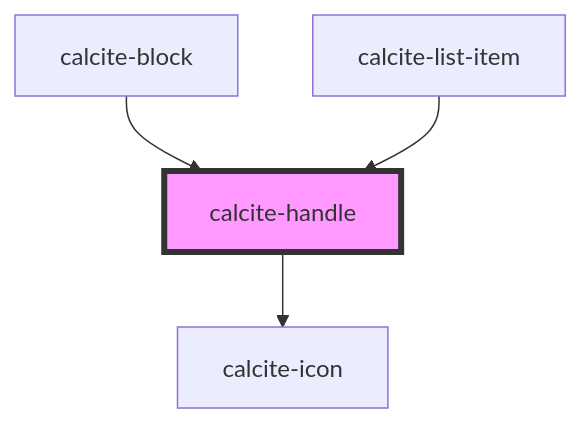
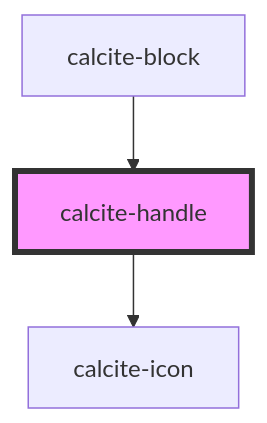
The diagram in packages/calcite-components/src/components/handle/readme.md (Esri/calcite-design-system), drawn with Mermaid before and after one commit. The commit also changed other lines of this file and 25 other files, not shown here.

````diff
--- a/packages/calcite-components/src/components/handle/readme.md
+++ b/packages/calcite-components/src/components/handle/readme.md
@@ -55,7 +54,6 @@
 ```mermaid
 graph TD;
   calcite-handle --> calcite-icon
   calcite-block --> calcite-handle
-  calcite-list-item --> calcite-handle
   style calcite-handle fill:#f9f,stroke:#333,stroke-width:4px
 ```
````
